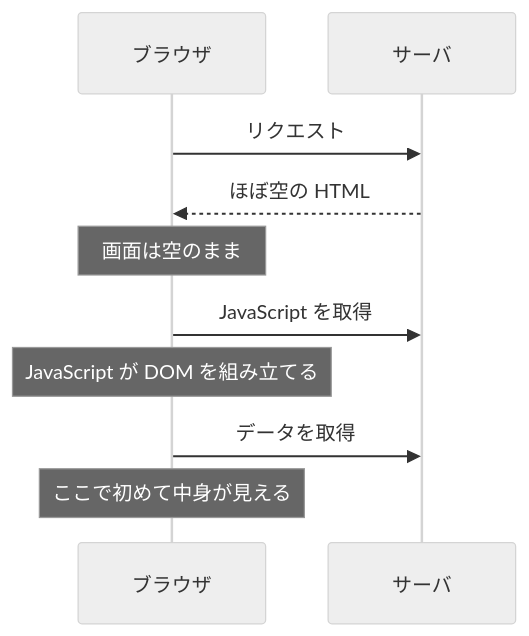
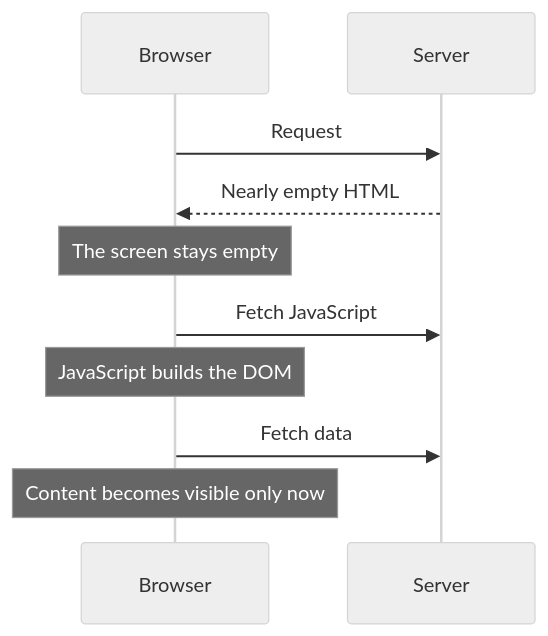
One commit to Tomy-ch/nextjs-boilerplate changed the first of 4 diagrams in docs/design/rendering.md. Above: the diagram before and after it, drawn with Mermaid (neutral theme). The commit also changed other lines of this file and 189 other files, not shown here.

````diff
--- a/docs/design/rendering.md
+++ b/docs/design/rendering.md
@@ -60,12 +60,12 @@
 ```mermaid
 sequenceDiagram
-  participant B as ブラウザ
-  participant S as サーバ
-  B->>S: リクエスト
-  S-->>B: ほぼ空の HTML
-  Note over B: 画面は空のまま
-  B->>S: JavaScript を取得
-  Note over B: JavaScript が DOM を組み立てる
-  B->>S: データを取得
-  Note over B: ここで初めて中身が見える
+  participant B as Browser
+  participant S as Server
+  B->>S: Request
+  S-->>B: Nearly empty HTML
+  Note over B: The screen stays empty
+  B->>S: Fetch JavaScript
+  Note over B: JavaScript builds the DOM
+  B->>S: Fetch data
+  Note over B: Content becomes visible only now
 ```
````
